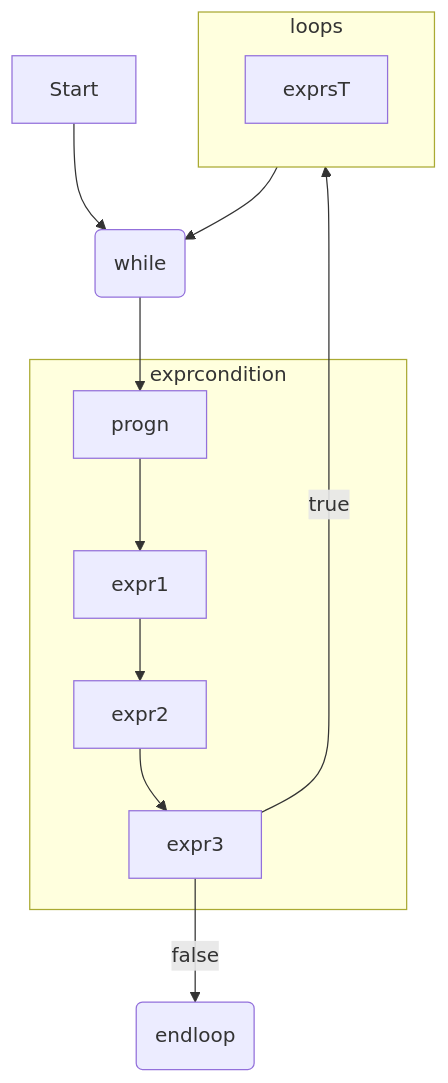
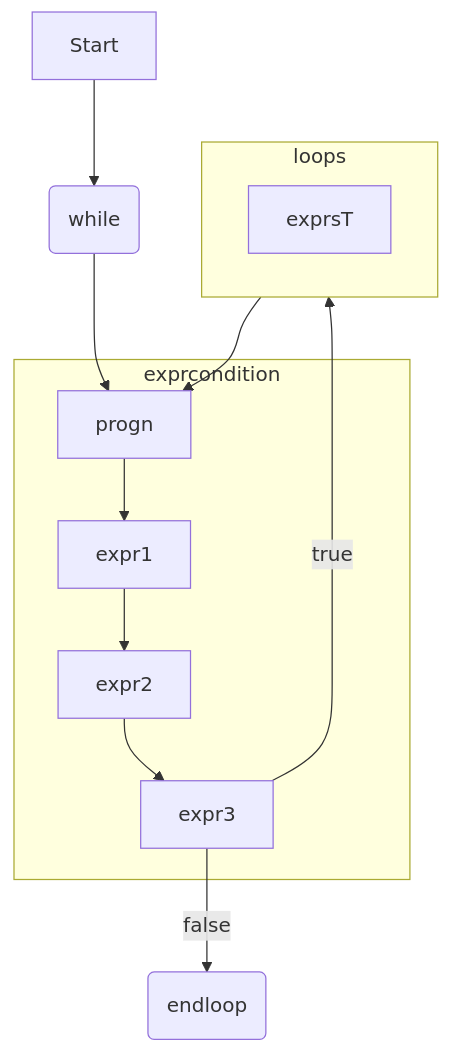
One commit to atlisp-org/atlisp-docs changed the fourth of 4 diagrams in Lisp进阶/lisp.org. Above: the diagram before and after it, drawn with Mermaid.

Commit message:
progn while

```diff
--- a/Lisp进阶/lisp.org
+++ b/Lisp进阶/lisp.org
@@ -119,14 +119,14 @@
  #+begin_src mermaid
 
    flowchart TD
       Start --> A(while)   
       A --> progn   
       subgraph exprcondition
           progn -->  expr1 --> expr2 --> expr3
       end
       subgraph loops
           exprsT
       end       
-      expr3 -->|true| loops --> A
+      expr3 -->|true| loops --> progn
       expr3 -->|false| Z(endloop)  
  #+end_src
```
